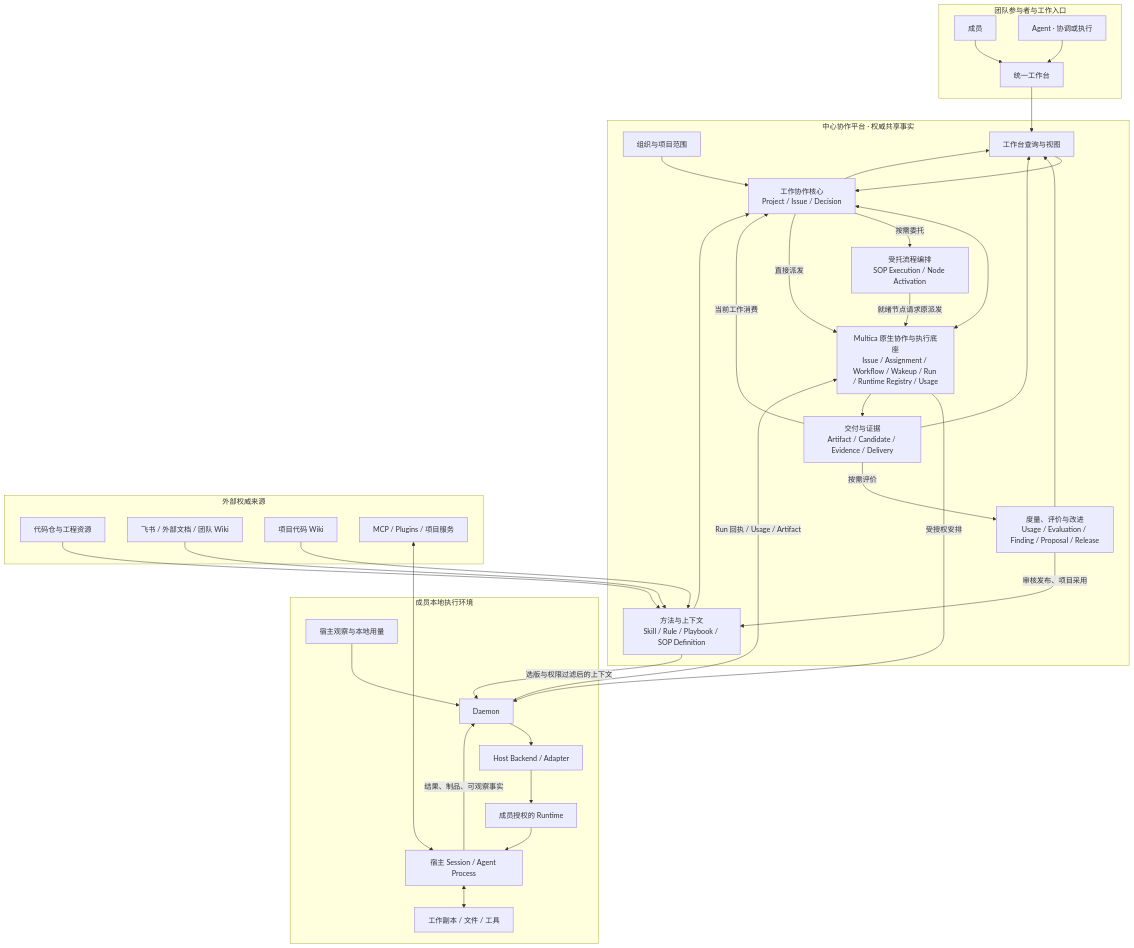
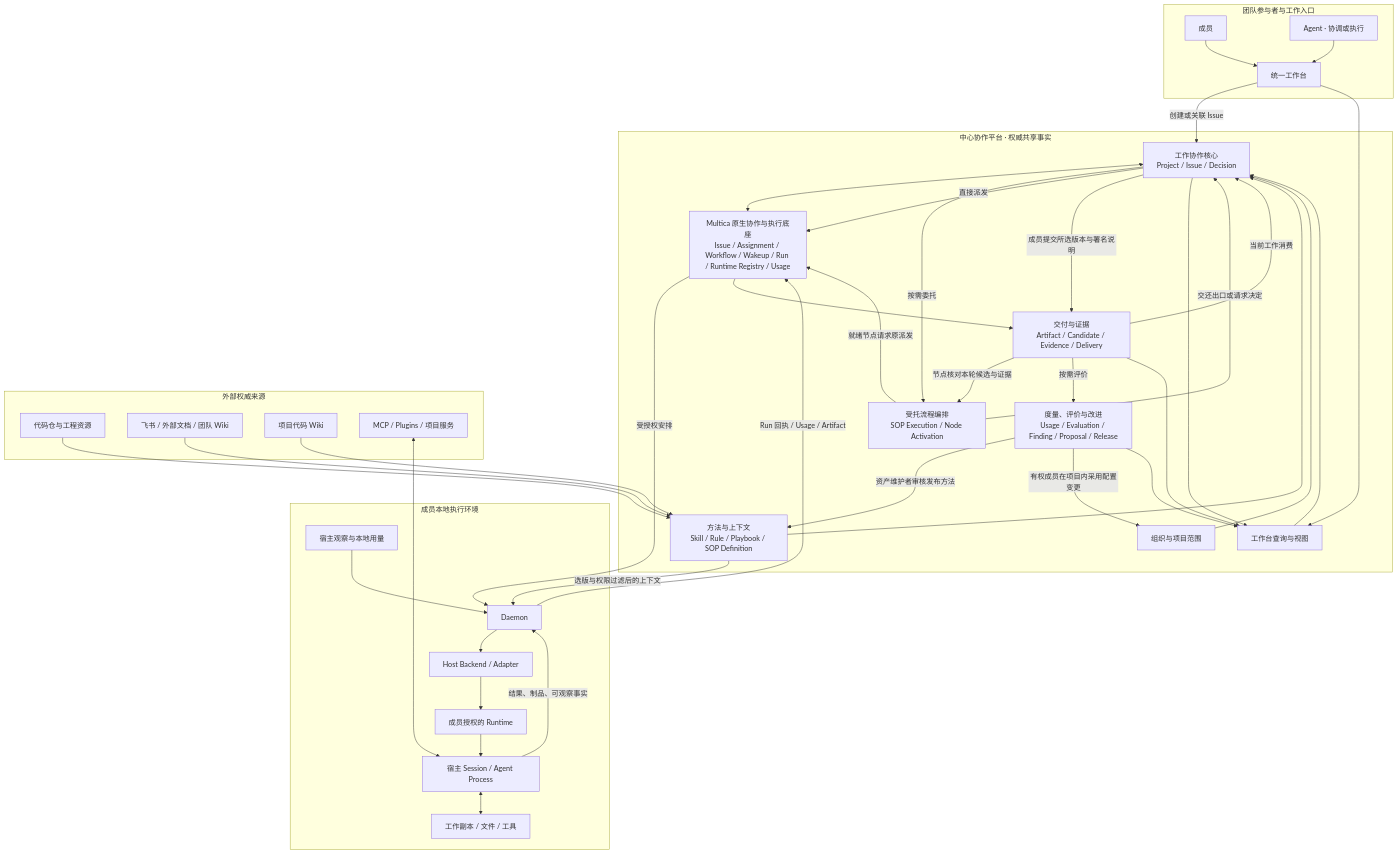
Before and after one commit to ScWen7/Issues: the first of 7 diagrams in docs/architecture/system-architecture.md, drawn with Mermaid. The commit also changed other lines of this file and 6 other files, not shown here.

```diff
--- a/docs/architecture/system-architecture.md
+++ b/docs/architecture/system-architecture.md
@@ -19,60 +19,65 @@
 ~~~mermaid
 flowchart TB
   subgraph People["团队参与者与工作入口"]
     Member["成员"]
     Agent["Agent · 协调或执行"]
     UI["统一工作台"]
   end
   subgraph Center["中心协作平台 · 权威共享事实"]
     Org["组织与项目范围"]
     Work["工作协作核心<br/>Project / Issue / Decision"]
     Method["方法与上下文<br/>Skill / Rule / Playbook / SOP Definition"]
     Flow["受托流程编排<br/>SOP Execution / Node Activation"]
     Delivery["交付与证据<br/>Artifact / Candidate / Evidence / Delivery"]
     Insight["度量、评价与改进<br/>Usage / Evaluation / Finding / Proposal / Release"]
     Read["工作台查询与视图"]
     Multica["Multica 原生协作与执行底座<br/>Issue / Assignment / Workflow / Wakeup / Run / Runtime Registry / Usage"]
   end
   subgraph Local["成员本地执行环境"]
     Daemon["Daemon"]
     Adapter["Host Backend / Adapter"]
     Runtime["成员授权的 Runtime"]
     Session["宿主 Session / Agent Process"]
     Workspace["工作副本 / 文件 / 工具"]
     Observation["宿主观察与本地用量"]
   end
   subgraph Sources["外部权威来源"]
     Repo["代码仓与工程资源"]
     Docs["飞书 / 外部文档 / 团队 Wiki"]
     CodeWiki["项目代码 Wiki"]
     Tools["MCP / Plugins / 项目服务"]
   end
   Member --> UI
   Agent --> UI
+  UI -->|"创建或关联 Issue"| Work
   UI --> Read
   Read --> Work
   Org --> Work
   Work <--> Multica
   Method --> Work
   Work -->|"按需委托"| Flow
   Flow -->|"就绪节点请求原派发"| Multica
   Work -->|"直接派发"| Multica
   Multica -->|"受授权安排"| Daemon
   Daemon --> Adapter --> Runtime --> Session
   Session <--> Workspace
   Tools <--> Session
   Repo --> Method
   Docs --> Method
   CodeWiki --> Method
   Method -->|"选版与权限过滤后的上下文"| Daemon
   Session -->|"结果、制品、可观察事实"| Daemon
   Observation --> Daemon
   Daemon -->|"Run 回执 / Usage / Artifact"| Multica
   Multica --> Delivery
+  Work -->|"成员提交所选版本与署名说明"| Delivery
+  Delivery -->|"节点核对本轮候选与证据"| Flow
+  Flow -->|"交还出口或请求决定"| Work
   Delivery -->|"当前工作消费"| Work
   Delivery -->|"按需评价"| Insight
-  Insight -->|"审核发布、项目采用"| Method
+  Insight -->|"资产维护者审核发布方法"| Method
+  Insight -->|"有权成员在项目内采用配置变更"| Org
   Insight --> Read
   Delivery --> Read
   Work --> Read
 ~~~
```
